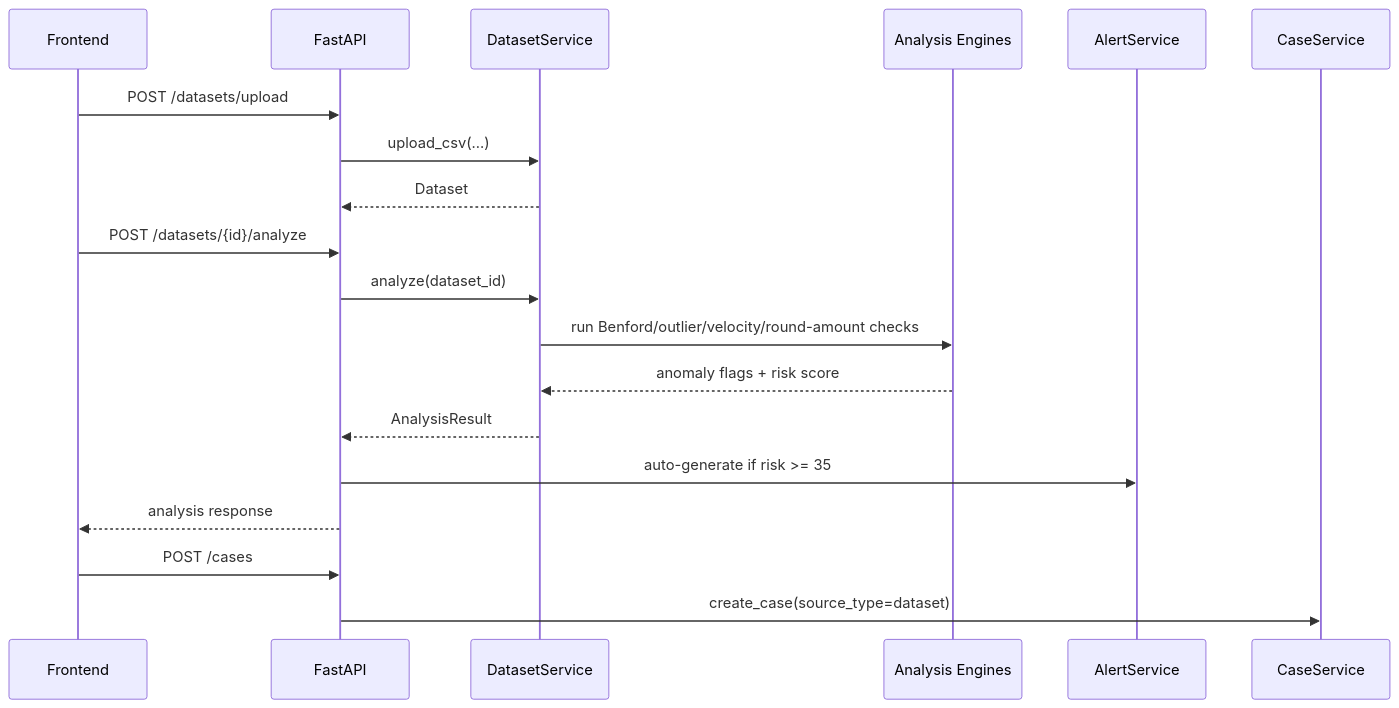
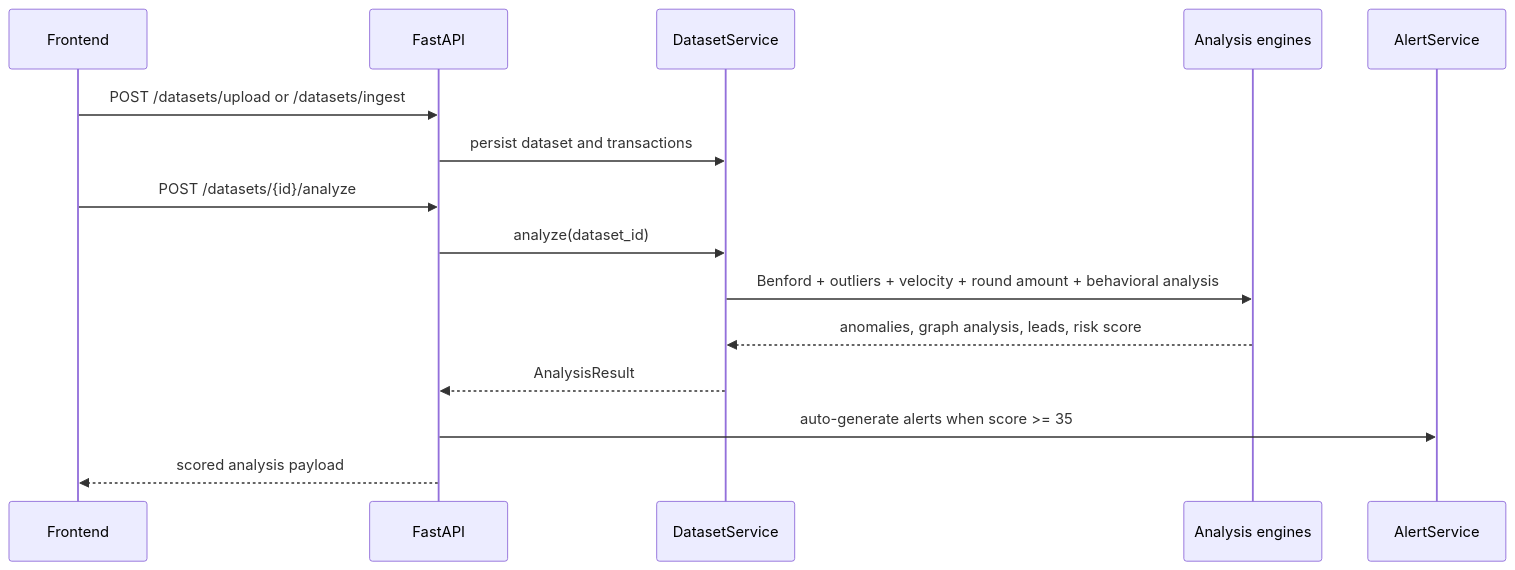
The fourth of 7 diagrams in docs/architecture.md (rezamirzaei/relational-AI), drawn with Mermaid before and after one commit. The commit also changed other lines of this file and 4 other files, not shown here.

````diff
--- a/docs/architecture.md
+++ b/docs/architecture.md
@@ -89,22 +153,18 @@
 ```mermaid
 sequenceDiagram
     participant UI as Frontend
     participant API as FastAPI
     participant Dataset as DatasetService
-    participant Stats as Analysis Engines
+    participant Engines as Analysis engines
     participant Alerts as AlertService
-    participant Cases as CaseService
 
-    UI->>API: POST /datasets/upload
-    API->>Dataset: upload_csv(...)
-    Dataset-->>API: Dataset
+    UI->>API: POST /datasets/upload or /datasets/ingest
+    API->>Dataset: persist dataset and transactions
     UI->>API: POST /datasets/{id}/analyze
     API->>Dataset: analyze(dataset_id)
-    Dataset->>Stats: run Benford/outlier/velocity/round-amount checks
-    Stats-->>Dataset: anomaly flags + risk score
+    Dataset->>Engines: Benford + outliers + velocity + round amount + behavioral analysis
+    Engines-->>Dataset: anomalies, graph analysis, leads, risk score
     Dataset-->>API: AnalysisResult
-    API->>Alerts: auto-generate if risk >= 35
-    API-->>UI: analysis response
-    UI->>API: POST /cases
-    API->>Cases: create_case(source_type=dataset)
+    API->>Alerts: auto-generate alerts when score >= 35
+    API-->>UI: scored analysis payload
 ```
````
